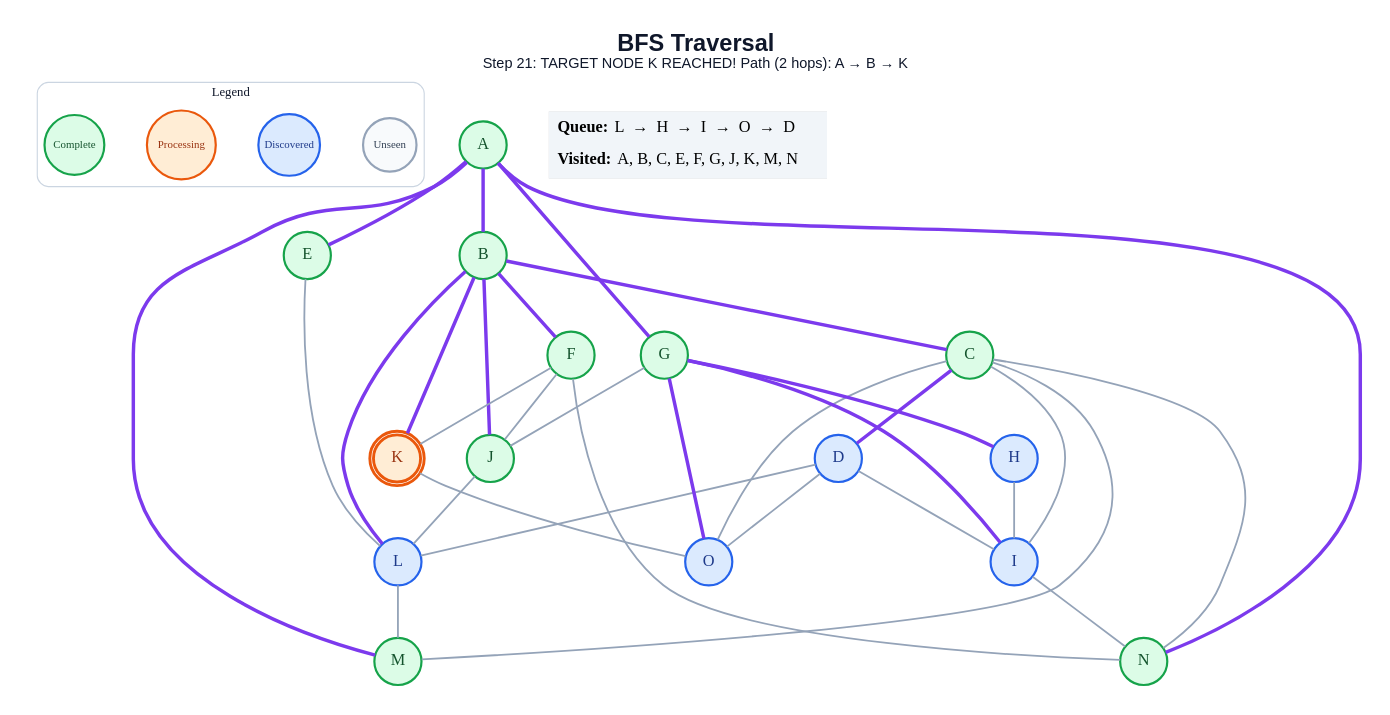
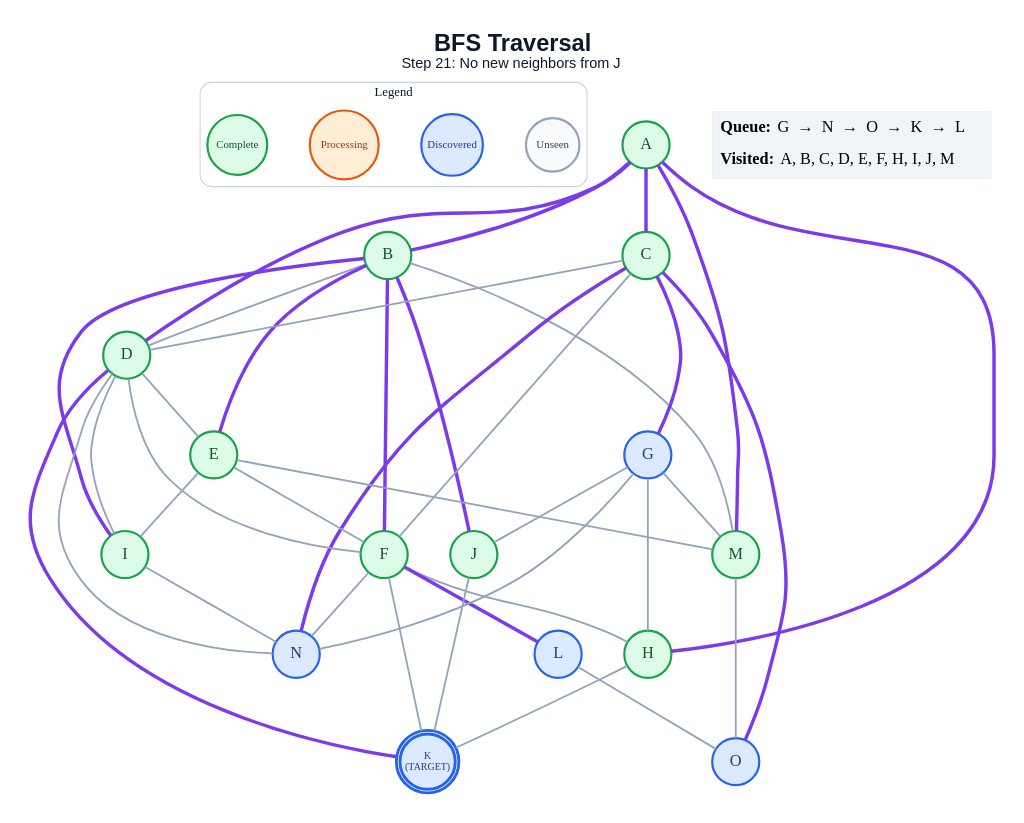
Before and after one commit to anon7238593-create/ai-slop: the diagram in generated/bfs/step_21.dot, drawn with Graphviz. The commit also changed 259 other files, not shown here.

```diff
--- a/generated/bfs/step_21.dot
+++ b/generated/bfs/step_21.dot
@@ -1,65 +1,71 @@
 graph traversal {
   graph [layout=dot, rankdir=TB, bgcolor="#FFFFFF", pad="0.35", nodesep="0.65", ranksep="0.8", fontname="Arial"];
   node [shape=circle, style="filled", fontname="Arial Bold", fontsize=18, width=0.72, fixedsize=true, penwidth=2.4];
   edge [color="#94A3B8", penwidth=2.0];
-  label=<<B>BFS Traversal</B><BR/><FONT POINT-SIZE="16">Step 21: TARGET NODE K REACHED! Path (2 hops): A → B → K</FONT>>; labelloc="t"; fontsize=26; fontname="Arial"; fontcolor="#0F172A";
+  label=<<B>BFS Traversal</B><BR/><FONT POINT-SIZE="16">Step 21: No new neighbors from J</FONT>>; labelloc="t"; fontsize=26; fontname="Arial"; fontcolor="#0F172A";
   subgraph cluster_legend { label="Legend"; color="#CBD5E1"; penwidth=1.2; style="rounded"; fontsize=14; fontname="Arial Bold";
     key_unseen [label="Unseen", fillcolor="#F8FAFC", color="#94A3B8", fontcolor="#334155", fontsize=12, width=0.82];
     key_frontier [label="Discovered", fillcolor="#DBEAFE", color="#2563EB", fontcolor="#1E3A8A", fontsize=12, width=0.95];
     key_current [label="Processing", fillcolor="#FFEDD5", color="#EA580C", fontcolor="#9A3412", fontsize=12, width=1.05];
     key_done [label="Complete", fillcolor="#DCFCE7", color="#16A34A", fontcolor="#14532D", fontsize=12, width=0.92];
     { rank=same; key_unseen; key_frontier; key_current; key_done; }
   }
   A [label="A", fillcolor="#DCFCE7", color="#16A34A", fontcolor="#14532D", peripheries=1, penwidth=2.4];
   B [label="B", fillcolor="#DCFCE7", color="#16A34A", fontcolor="#14532D", peripheries=1, penwidth=2.4];
   C [label="C", fillcolor="#DCFCE7", color="#16A34A", fontcolor="#14532D", peripheries=1, penwidth=2.4];
-  D [label="D", fillcolor="#DBEAFE", color="#2563EB", fontcolor="#1E3A8A", peripheries=1, penwidth=2.4];
+  D [label="D", fillcolor="#DCFCE7", color="#16A34A", fontcolor="#14532D", peripheries=1, penwidth=2.4];
   E [label="E", fillcolor="#DCFCE7", color="#16A34A", fontcolor="#14532D", peripheries=1, penwidth=2.4];
   F [label="F", fillcolor="#DCFCE7", color="#16A34A", fontcolor="#14532D", peripheries=1, penwidth=2.4];
-  G [label="G", fillcolor="#DCFCE7", color="#16A34A", fontcolor="#14532D", peripheries=1, penwidth=2.4];
-  H [label="H", fillcolor="#DBEAFE", color="#2563EB", fontcolor="#1E3A8A", peripheries=1, penwidth=2.4];
-  I [label="I", fillcolor="#DBEAFE", color="#2563EB", fontcolor="#1E3A8A", peripheries=1, penwidth=2.4];
+  G [label="G", fillcolor="#DBEAFE", color="#2563EB", fontcolor="#1E3A8A", peripheries=1, penwidth=2.4];
+  H [label="H", fillcolor="#DCFCE7", color="#16A34A", fontcolor="#14532D", peripheries=1, penwidth=2.4];
+  I [label="I", fillcolor="#DCFCE7", color="#16A34A", fontcolor="#14532D", peripheries=1, penwidth=2.4];
   J [label="J", fillcolor="#DCFCE7", color="#16A34A", fontcolor="#14532D", peripheries=1, penwidth=2.4];
-  K [label="K", fillcolor="#FFEDD5", color="#EA580C", fontcolor="#9A3412", peripheries=2, penwidth=3.2];
+  K [label="K\n(TARGET)", fillcolor="#DBEAFE", color="#2563EB", fontcolor="#1E3A8A", peripheries=2, penwidth=3.2, fontsize=11, width=0.85, height=0.85];
   L [label="L", fillcolor="#DBEAFE", color="#2563EB", fontcolor="#1E3A8A", peripheries=1, penwidth=2.4];
   M [label="M", fillcolor="#DCFCE7", color="#16A34A", fontcolor="#14532D", peripheries=1, penwidth=2.4];
-  N [label="N", fillcolor="#DCFCE7", color="#16A34A", fontcolor="#14532D", peripheries=1, penwidth=2.4];
+  N [label="N", fillcolor="#DBEAFE", color="#2563EB", fontcolor="#1E3A8A", peripheries=1, penwidth=2.4];
   O [label="O", fillcolor="#DBEAFE", color="#2563EB", fontcolor="#1E3A8A", peripheries=1, penwidth=2.4];
   A -- B [color="#7C3AED", penwidth=3.8];
-  A -- E [color="#7C3AED", penwidth=3.8];
-  A -- G [color="#7C3AED", penwidth=3.8];
+  A -- C [color="#7C3AED", penwidth=3.8];
+  A -- D [color="#7C3AED", penwidth=3.8];
+  A -- H [color="#7C3AED", penwidth=3.8];
   A -- M [color="#7C3AED", penwidth=3.8];
-  A -- N [color="#7C3AED", penwidth=3.8];
-  B -- C [color="#7C3AED", penwidth=3.8];
+  B -- D;
+  B -- E [color="#7C3AED", penwidth=3.8];
   B -- F [color="#7C3AED", penwidth=3.8];
+  B -- I [color="#7C3AED", penwidth=3.8];
   B -- J [color="#7C3AED", penwidth=3.8];
-  B -- K [color="#7C3AED", penwidth=3.8];
-  B -- L [color="#7C3AED", penwidth=3.8];
-  C -- D [color="#7C3AED", penwidth=3.8];
-  C -- I;
-  C -- M;
-  C -- N;
-  C -- O;
+  B -- M;
+  C -- D;
+  C -- F;
+  C -- G [color="#7C3AED", penwidth=3.8];
+  C -- N [color="#7C3AED", penwidth=3.8];
+  C -- O [color="#7C3AED", penwidth=3.8];
+  D -- E;
+  D -- F;
   D -- I;
-  D -- L;
-  D -- O;
-  E -- L;
-  F -- J;
+  D -- K [color="#7C3AED", penwidth=3.8];
+  D -- N;
+  E -- F;
+  E -- I;
+  E -- M;
+  F -- H;
   F -- K;
+  F -- L [color="#7C3AED", penwidth=3.8];
   F -- N;
-  G -- H [color="#7C3AED", penwidth=3.8];
-  G -- I [color="#7C3AED", penwidth=3.8];
+  G -- H;
   G -- J;
-  G -- O [color="#7C3AED", penwidth=3.8];
-  H -- I;
+  G -- M;
+  G -- N;
+  H -- K;
   I -- N;
-  J -- L;
-  K -- O;
-  L -- M;
+  J -- K;
+  L -- O;
+  M -- O;
   status [shape=plain, fixedsize=false, width=0, height=0, margin=0, label=<
     <TABLE BORDER="0" CELLBORDER="0" CELLPADDING="7" BGCOLOR="#F1F5F9">
-      <TR><TD ALIGN="LEFT"><B>Queue:</B> L  →  H  →  I  →  O  →  D</TD></TR>
-      <TR><TD ALIGN="LEFT"><B>Visited:</B> A, B, C, E, F, G, J, K, M, N</TD></TR>
+      <TR><TD ALIGN="LEFT"><B>Queue:</B> G  →  N  →  O  →  K  →  L</TD></TR>
+      <TR><TD ALIGN="LEFT"><B>Visited:</B> A, B, C, D, E, F, H, I, J, M</TD></TR>
     </TABLE>
   >];
 }
```
